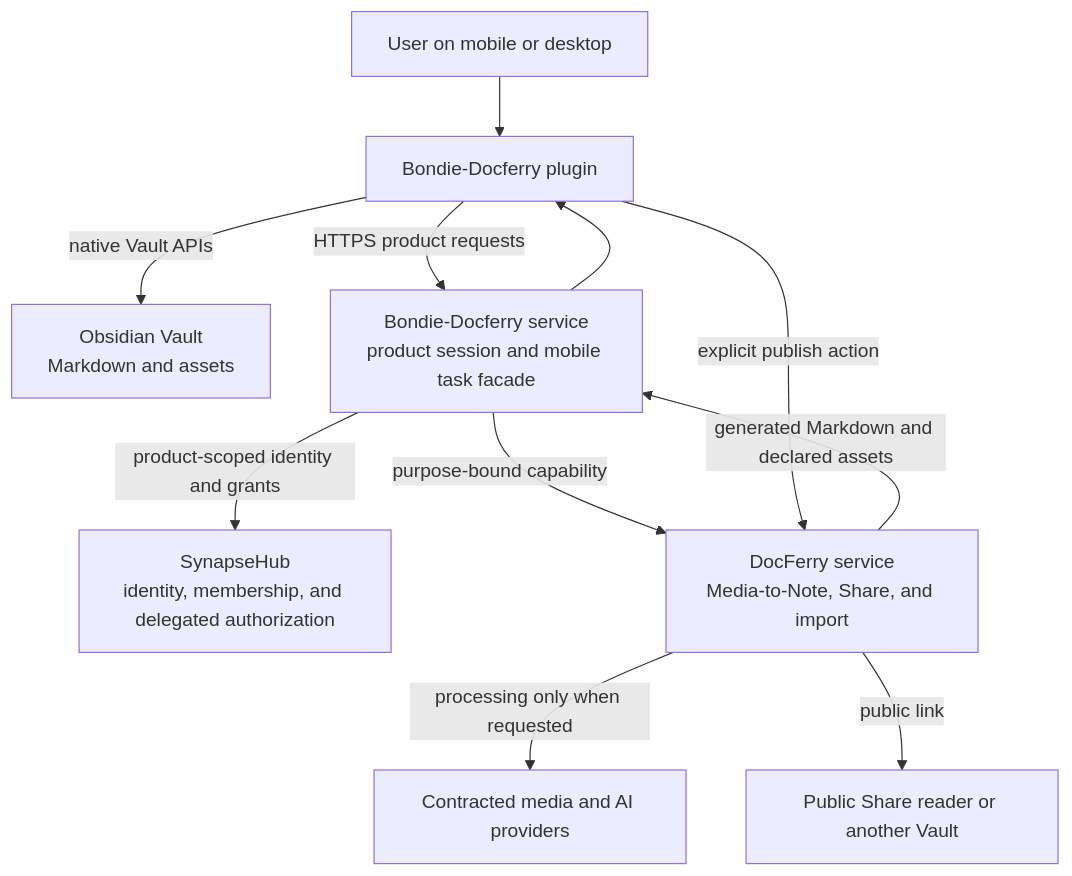
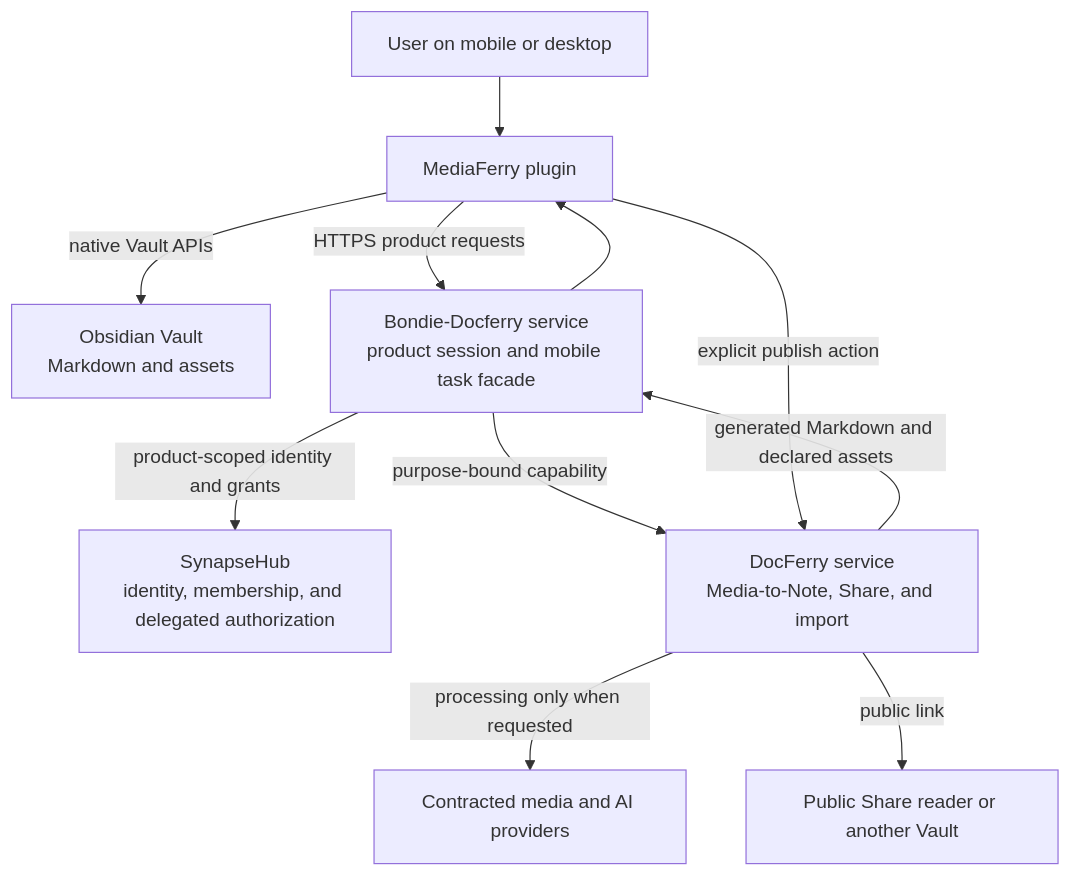
The first of 2 diagrams in ENGINEERING.md (fyaic/Bondie-Docferry-Obsidian-Plugin), drawn with Mermaid before and after one commit. The commit also changed other lines of this file and 12 other files, not shown here.

First line of the commit message:
feat: rename plugin from Bondie-Docferry to MediaFerry

````diff
--- a/ENGINEERING.md
+++ b/ENGINEERING.md
@@ -17,22 +26,22 @@
 ```mermaid
 flowchart TB
     User["User on mobile or desktop"]
-    Plugin["Bondie-Docferry plugin"]
+    Plugin["MediaFerry plugin"]
     Vault["Obsidian Vault\nMarkdown and assets"]
     Bondie["Bondie-Docferry service\nproduct session and mobile task facade"]
     Hub["SynapseHub\nidentity, membership, and delegated authorization"]
     DocFerry["DocFerry service\nMedia-to-Note, Share, and import"]
     Providers["Contracted media and AI providers"]
     Reader["Public Share reader or another Vault"]
 
     User --> Plugin
     Plugin -->|"native Vault APIs"| Vault
     Plugin -->|"HTTPS product requests"| Bondie
     Bondie -->|"product-scoped identity and grants"| Hub
     Bondie -->|"purpose-bound capability"| DocFerry
     DocFerry -->|"processing only when requested"| Providers
     DocFerry -->|"generated Markdown and declared assets"| Bondie
     Bondie --> Plugin
     Plugin -->|"explicit publish action"| DocFerry
     DocFerry -->|"public link"| Reader
 ```
````
